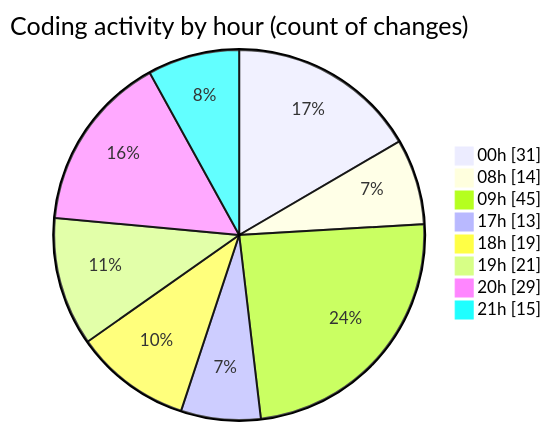
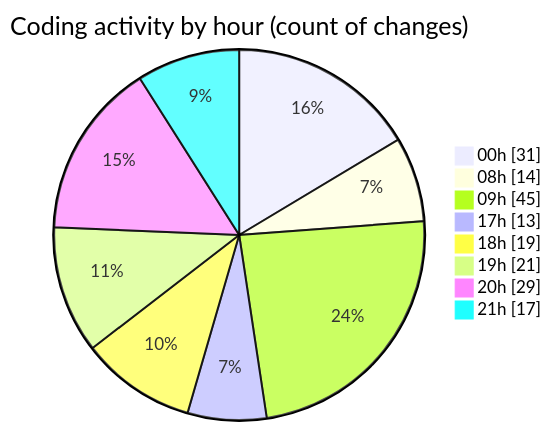
One commit to lephambinh05/code-tracking changed the second of 2 diagrams in 2025-08-03/studybuddy/README.md. Above: the diagram before and after it, drawn with Mermaid. The commit also changed other lines of this file and 1 other file, not shown here.

````diff
--- a/2025-08-03/studybuddy/README.md
+++ b/2025-08-03/studybuddy/README.md
@@ -96,12 +97,12 @@
 ```mermaid
 pie showData
 title Coding activity by hour (count of changes)
 "00h" : 31
 "08h" : 14
 "09h" : 45
 "17h" : 13
 "18h" : 19
 "19h" : 21
 "20h" : 29
-"21h" : 15
+"21h" : 17
 ```
````
